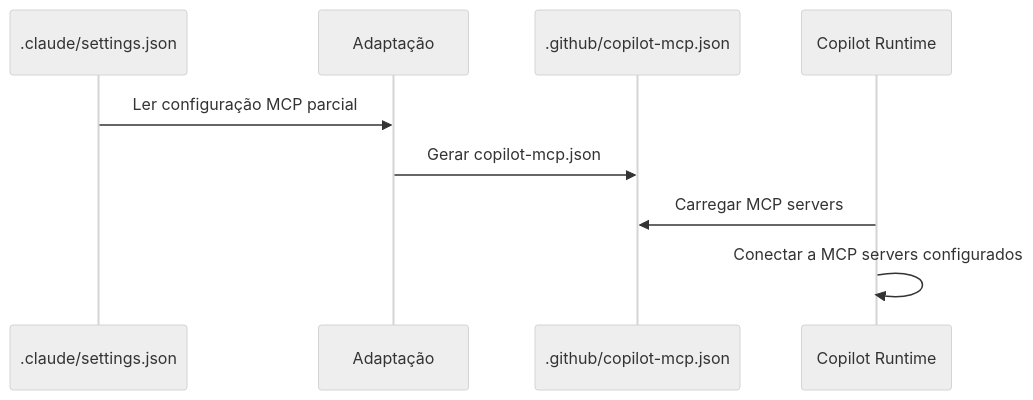
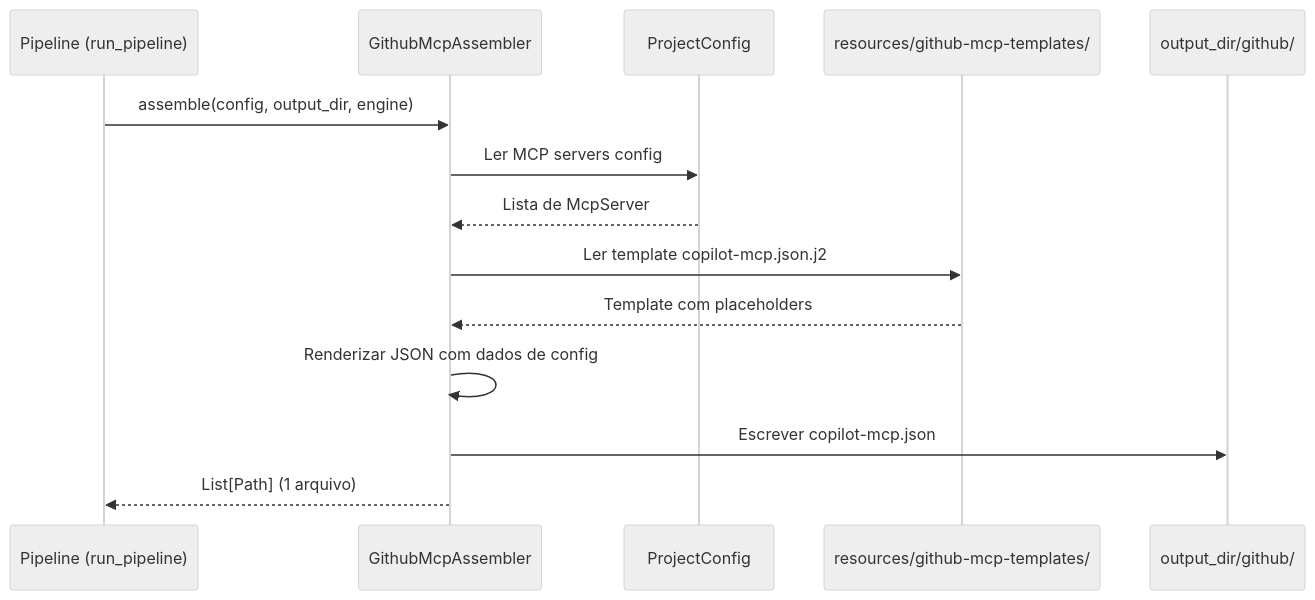
One commit to edercnj/ia-dev-environment changed the diagram in docs/stories/github-structure/STORY-002.md. Above: the diagram before and after it, drawn with Mermaid (neutral theme). The commit also changed other lines of this file and 14 other files, not shown here.

First line of the commit message:
docs: rewrite stories to reference Python generator architecture

````diff
--- a/docs/stories/github-structure/STORY-002.md
+++ b/docs/stories/github-structure/STORY-002.md
@@ -74,12 +97,17 @@
 ```mermaid
 sequenceDiagram
-    participant S as .claude/settings.json
-    participant A as Adaptação
-    participant M as .github/copilot-mcp.json
-    participant C as Copilot Runtime
+    participant P as Pipeline (run_pipeline)
+    participant A as GithubMcpAssembler
+    participant C as ProjectConfig
+    participant T as resources/github-mcp-templates/
+    participant O as output_dir/github/
 
-    S->>A: Ler configuração MCP parcial
-    A->>M: Gerar copilot-mcp.json
-    C->>M: Carregar MCP servers
-    C->>C: Conectar a MCP servers configurados
+    P->>A: assemble(config, output_dir, engine)
+    A->>C: Ler MCP servers config
+    C-->>A: Lista de McpServer
+    A->>T: Ler template copilot-mcp.json.j2
+    T-->>A: Template com placeholders
+    A->>A: Renderizar JSON com dados de config
+    A->>O: Escrever copilot-mcp.json
+    A-->>P: List[Path] (1 arquivo)
 ```
````
